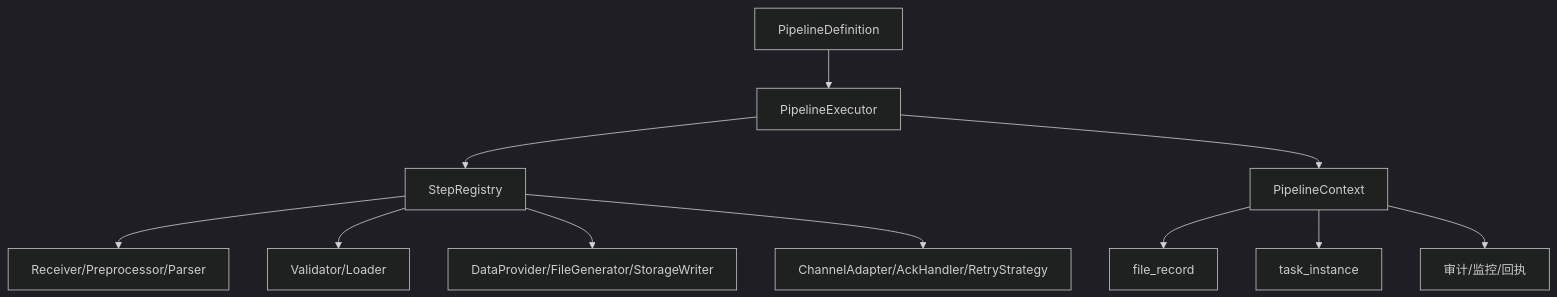
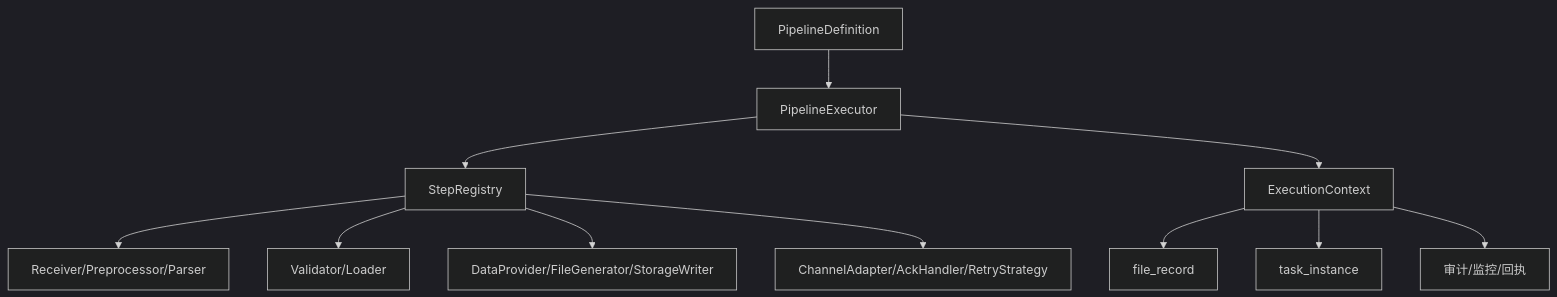
Before and after one commit to pinpols/file-batch-system: diagram 15 of 20 in docs/批量调度系统设计说明.md, drawn with Mermaid (dark theme). The commit also changed other lines of this file and 75 other files, not shown here.

````diff
--- a/docs/批量调度系统设计说明.md
+++ b/docs/批量调度系统设计说明.md
@@ -2272,13 +2272,13 @@
 ```mermaid
 flowchart TD
     A[PipelineDefinition] --> B[PipelineExecutor]
     B --> C[StepRegistry]
     C --> D[Receiver/Preprocessor/Parser]
     C --> E[Validator/Loader]
     C --> F[DataProvider/FileGenerator/StorageWriter]
     C --> G[ChannelAdapter/AckHandler/RetryStrategy]
-    B --> H[PipelineContext]
+    B --> H[ExecutionContext]
     H --> I[file_record]
     H --> J[task_instance]
     H --> K[审计/监控/回执]
 ```
````
